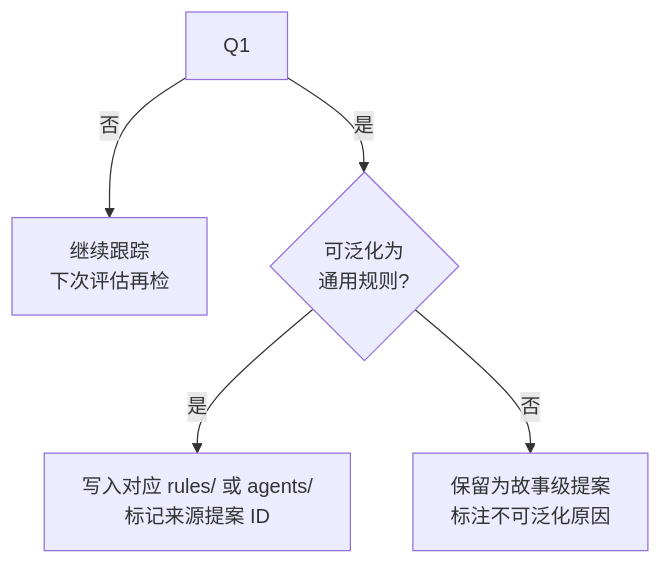
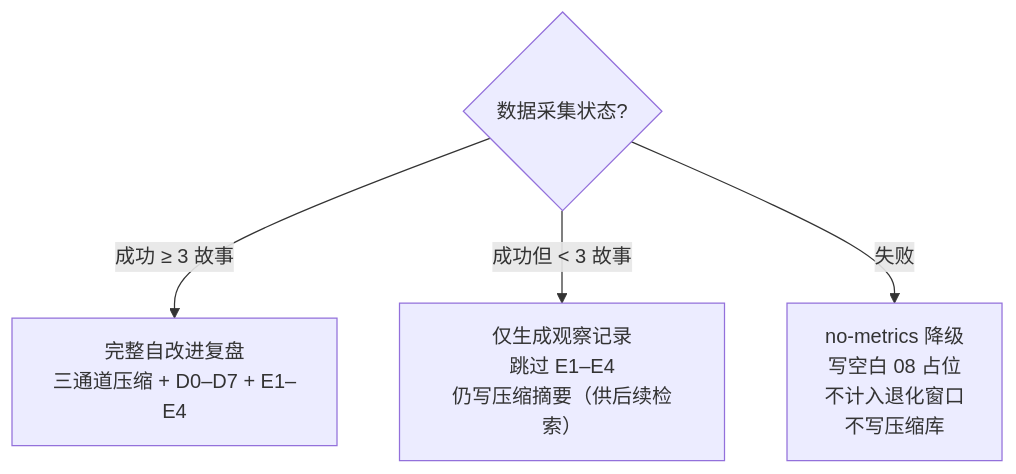
Diagram 13 of 14 in rules/self-improve.md (effiy/YrY), drawn with Mermaid before and after one commit. The commit also changed other lines of this file and 4 other files, not shown here.

````diff
--- a/rules/self-improve.md
+++ b/rules/self-improve.md
@@ -174,8 +378,8 @@
 ```mermaid
 flowchart TD
-    Q1 -->|"否"| TRACK["继续跟踪<br/>下次评估再检"]:::wait
-    Q1 -->|"是"| Q2{"可泛化为<br/>通用规则?"}
-    Q2 -->|"是"| UPGRADE["写入对应 rules/ 或 agents/<br/>标记来源提案 ID"]:::up
-    Q2 -->|"否"| KEEP["保留为故事级提案<br/>标注不可泛化原因"]:::keep
+    Q1{"数据采集状态?"}
+    Q1 -->|"成功 ≥ 3 故事"| FULL["完整自改进复盘<br/>三通道压缩 + D0–D7 + E1–E4"]:::ok
+    Q1 -->|"成功但 < 3 故事"| OBS["仅生成观察记录<br/>跳过 E1–E4<br/>仍写压缩摘要（供后续检索）"]:::warn
+    Q1 -->|"失败"| NOOP["no-metrics 降级<br/>写空白 08 占位<br/>不计入退化窗口<br/>不写压缩库"]:::warn
 
 ```
````
